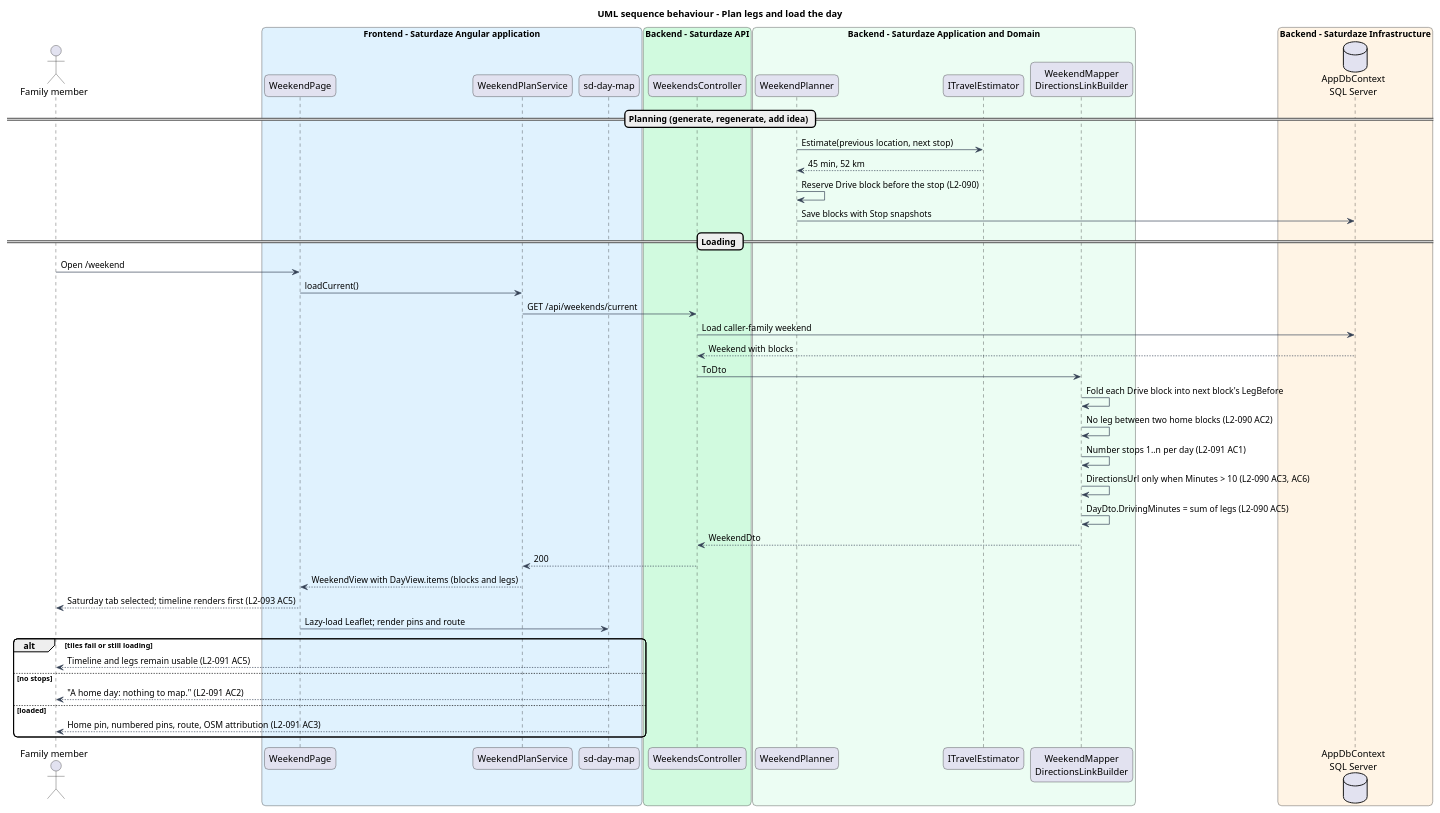
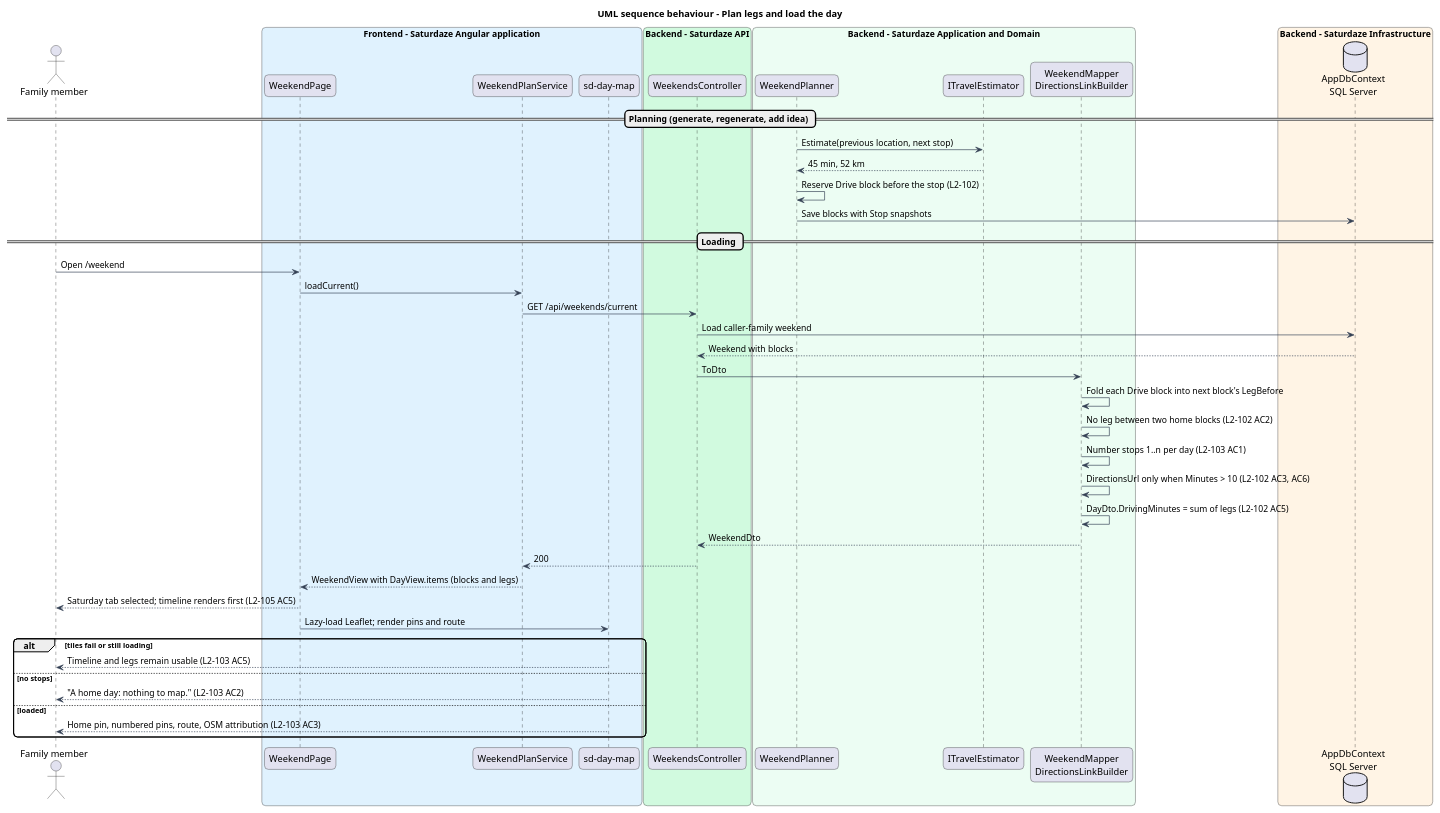
The diagram in docs/detailed-designs/weekend-planning/map-itinerary-and-travel-legs/diagrams/sequence-legs.puml (QuinntyneBrown/saturdaze), drawn with PlantUML before and after one commit. The commit also changed 164 other files, not shown here.

```diff
--- a/docs/detailed-designs/weekend-planning/map-itinerary-and-travel-legs/diagrams/sequence-legs.puml
+++ b/docs/detailed-designs/weekend-planning/map-itinerary-and-travel-legs/diagrams/sequence-legs.puml
@@ -1,54 +1,54 @@
 @startuml
 title UML sequence behaviour - Plan legs and load the day
 skinparam backgroundColor #FFFFFF
 skinparam shadowing false
 skinparam roundcorner 12
 skinparam defaultFontName Arial
 skinparam ArrowColor #344054
 actor "Family member" as actor
 box "Frontend - Saturdaze Angular application" #E0F2FE
  participant "WeekendPage" as page
  participant "WeekendPlanService" as client
  participant "sd-day-map" as map
 end box
 box "Backend - Saturdaze API" #D1FADF
  participant "WeekendsController" as controller
 end box
 box "Backend - Saturdaze Application and Domain" #ECFDF3
  participant "WeekendPlanner" as planner
  participant "ITravelEstimator" as est
  participant "WeekendMapper\nDirectionsLinkBuilder" as mapper
 end box
 box "Backend - Saturdaze Infrastructure" #FFF4E5
  database "AppDbContext\nSQL Server" as db
 end box
 == Planning (generate, regenerate, add idea) ==
 planner -> est : Estimate(previous location, next stop)
 est --> planner : 45 min, 52 km
-planner -> planner : Reserve Drive block before the stop (L2-090)
+planner -> planner : Reserve Drive block before the stop (L2-102)
 planner -> db : Save blocks with Stop snapshots
 == Loading ==
 actor -> page : Open /weekend
 page -> client : loadCurrent()
 client -> controller : GET /api/weekends/current
 controller -> db : Load caller-family weekend
 db --> controller : Weekend with blocks
 controller -> mapper : ToDto
 mapper -> mapper : Fold each Drive block into next block's LegBefore
-mapper -> mapper : No leg between two home blocks (L2-090 AC2)
-mapper -> mapper : Number stops 1..n per day (L2-091 AC1)
-mapper -> mapper : DirectionsUrl only when Minutes > 10 (L2-090 AC3, AC6)
-mapper -> mapper : DayDto.DrivingMinutes = sum of legs (L2-090 AC5)
+mapper -> mapper : No leg between two home blocks (L2-102 AC2)
+mapper -> mapper : Number stops 1..n per day (L2-103 AC1)
+mapper -> mapper : DirectionsUrl only when Minutes > 10 (L2-102 AC3, AC6)
+mapper -> mapper : DayDto.DrivingMinutes = sum of legs (L2-102 AC5)
 mapper --> controller : WeekendDto
 controller --> client : 200
 client --> page : WeekendView with DayView.items (blocks and legs)
-page --> actor : Saturday tab selected; timeline renders first (L2-093 AC5)
+page --> actor : Saturday tab selected; timeline renders first (L2-105 AC5)
 page -> map : Lazy-load Leaflet; render pins and route
 alt tiles fail or still loading
- map --> actor : Timeline and legs remain usable (L2-091 AC5)
+ map --> actor : Timeline and legs remain usable (L2-103 AC5)
 else no stops
- map --> actor : "A home day: nothing to map." (L2-091 AC2)
+ map --> actor : "A home day: nothing to map." (L2-103 AC2)
 else loaded
- map --> actor : Home pin, numbered pins, route, OSM attribution (L2-091 AC3)
+ map --> actor : Home pin, numbered pins, route, OSM attribution (L2-103 AC3)
 end
 @enduml
```
